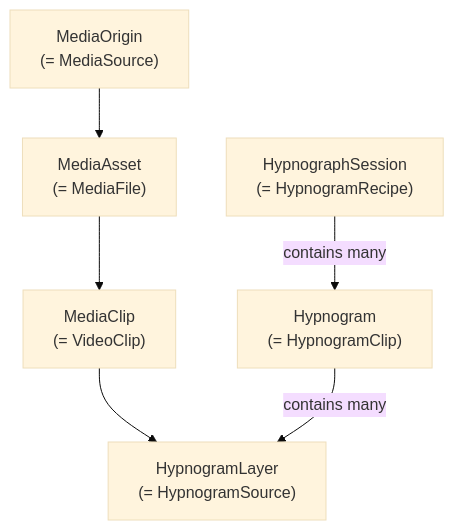
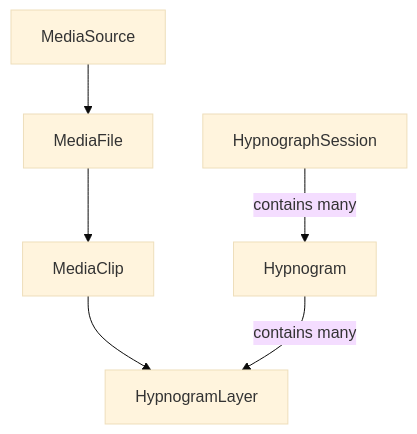
One commit to lorenjohnson/Hypnograph changed the second of 2 diagrams in docs/ontology/HypnographDomainDiagram.md. Above: the diagram before and after it, drawn with Mermaid (base theme). The commit also changed other lines of this file and 48 other files, not shown here.

````diff
--- a/docs/ontology/HypnographDomainDiagram.md
+++ b/docs/ontology/HypnographDomainDiagram.md
@@ -60,19 +60,19 @@
 ```mermaid
 graph TD
-  %% Media models (proposed nouns)
-  MediaOrigin["MediaOrigin<br/>(= MediaSource)"]
-  MediaAsset["MediaAsset<br/>(= MediaFile)"]
-  MediaClip["MediaClip<br/>(= VideoClip)"]
+  %% Media models
+  MediaSource["MediaSource"]
+  MediaFile["MediaFile"]
+  MediaClip["MediaClip"]
 
-  %% Composition models (proposed nouns)
-  HypnogramLayer["HypnogramLayer<br/>(= HypnogramSource)"]
-  Hypnogram["Hypnogram<br/>(= HypnogramClip)"]
-  HypnographSession["HypnographSession<br/>(= HypnogramRecipe)"]
+  %% Composition models
+  HypnogramLayer["HypnogramLayer"]
+  Hypnogram["Hypnogram"]
+  HypnographSession["HypnographSession"]
 
-  MediaOrigin --> MediaAsset
-  MediaAsset --> MediaClip
+  MediaSource --> MediaFile
+  MediaFile --> MediaClip
 
   MediaClip --> HypnogramLayer
   Hypnogram -->|contains many| HypnogramLayer
   HypnographSession -->|contains many| Hypnogram
 ```
````
